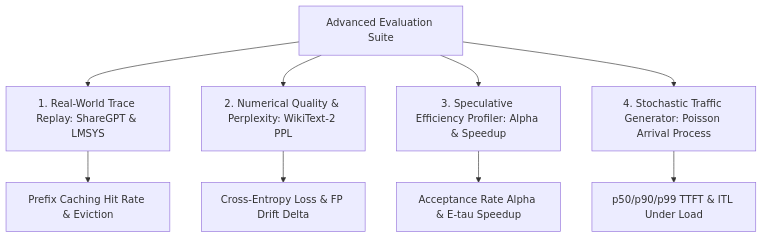
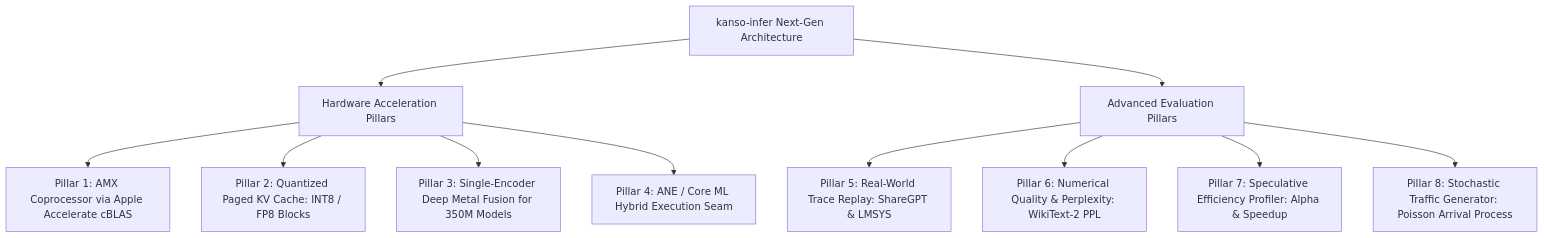
Before and after one commit to amaldevice/kanso-infer: the diagram in docs/specs/2026-10-07-advanced-benchmarking-and-quality-evaluation-spec.md, drawn with Mermaid. The commit also changed other lines of this file, not shown here.

Commit message:
docs: expand spec with Apple Silicon AMX, KV quantization, kernel fusion, and ANE pillars

````diff
--- a/docs/specs/2026-10-07-advanced-benchmarking-and-quality-evaluation-spec.md
+++ b/docs/specs/2026-10-07-advanced-benchmarking-and-quality-evaluation-spec.md
@@ -24,12 +27,15 @@
 ```mermaid
 flowchart TD
-    BenchSuite[Advanced Evaluation Suite] --> Pillar1[1. Real-World Trace Replay: ShareGPT & LMSYS]
-    BenchSuite --> Pillar2[2. Numerical Quality & Perplexity: WikiText-2 PPL]
-    BenchSuite --> Pillar3[3. Speculative Efficiency Profiler: Alpha & Speedup]
-    BenchSuite --> Pillar4[4. Stochastic Traffic Generator: Poisson Arrival Process]
+    Engine[kanso-infer Next-Gen Architecture] --> HWAccel[Hardware Acceleration Pillars]
+    Engine --> BenchSuite[Advanced Evaluation Pillars]
 
-    Pillar1 --> CacheMetrics[Prefix Caching Hit Rate & Eviction]
-    Pillar2 --> PPLMetrics[Cross-Entropy Loss & FP Drift Delta]
-    Pillar3 --> SpecMetrics[Acceptance Rate Alpha & E-tau Speedup]
-    Pillar4 --> ServingMetrics[p50/p90/p99 TTFT & ITL Under Load]
+    HWAccel --> P1[Pillar 1: AMX Coprocessor via Apple Accelerate cBLAS]
+    HWAccel --> P2[Pillar 2: Quantized Paged KV Cache: INT8 / FP8 Blocks]
+    HWAccel --> P3[Pillar 3: Single-Encoder Deep Metal Fusion for 350M Models]
+    HWAccel --> P4[Pillar 4: ANE / Core ML Hybrid Execution Seam]
+
+    BenchSuite --> P5[Pillar 5: Real-World Trace Replay: ShareGPT & LMSYS]
+    BenchSuite --> P6[Pillar 6: Numerical Quality & Perplexity: WikiText-2 PPL]
+    BenchSuite --> P7[Pillar 7: Speculative Efficiency Profiler: Alpha & Speedup]
+    BenchSuite --> P8[Pillar 8: Stochastic Traffic Generator: Poisson Arrival Process]
 ```
````
